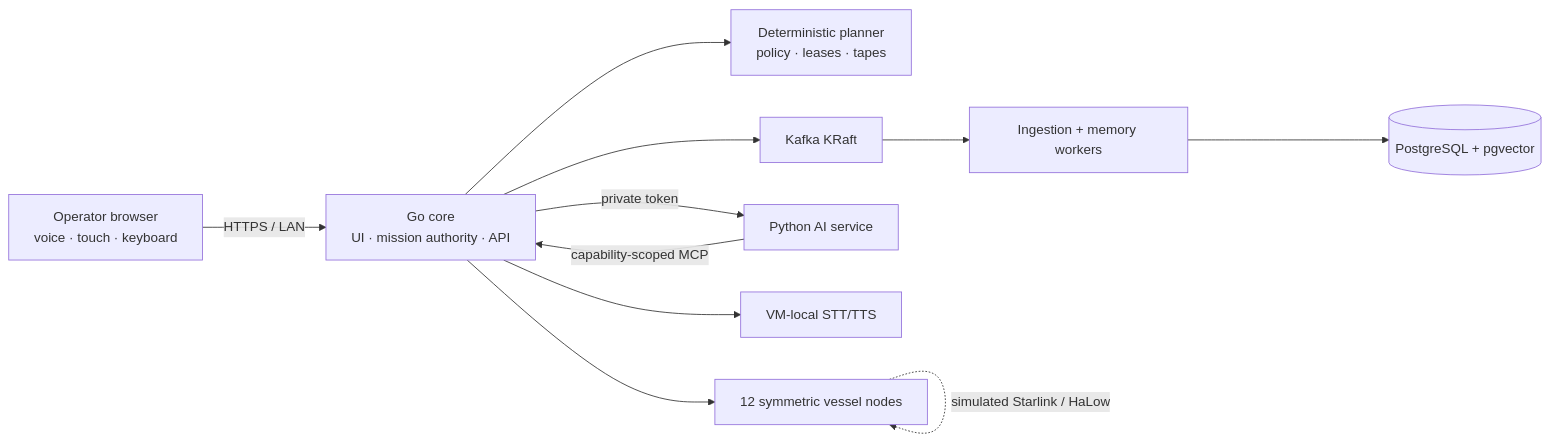
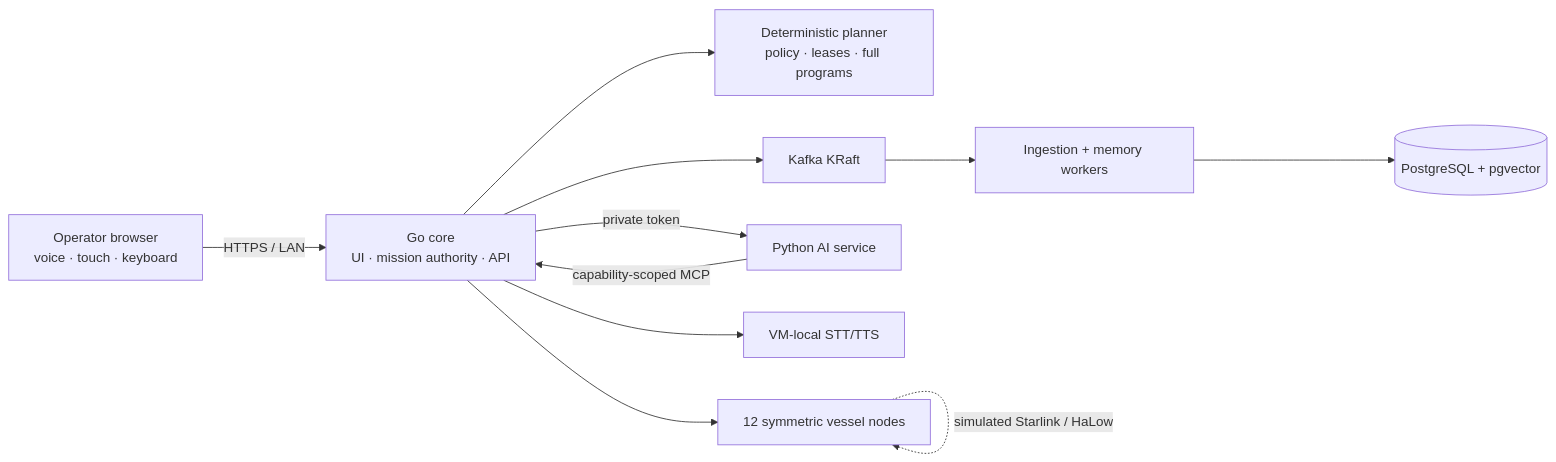
Before and after one commit to fourtytwo42/keelmesh: the diagram in README.md, drawn with Mermaid. The commit also changed other lines of this file and 48 other files, not shown here.

Commit message:
feat: replace mission tapes with full edge programs

````diff
--- a/README.md
+++ b/README.md
@@ -66,13 +66,13 @@
 ```mermaid
 flowchart LR
     Operator[Operator browser<br/>voice · touch · keyboard] -->|HTTPS / LAN| Core[Go core<br/>UI · mission authority · API]
-    Core --> Planner[Deterministic planner<br/>policy · leases · tapes]
+    Core --> Planner[Deterministic planner<br/>policy · leases · full programs]
     Core --> Kafka[Kafka KRaft]
     Kafka --> Workers[Ingestion + memory workers]
     Workers --> Postgres[(PostgreSQL + pgvector)]
     Core -->|private token| AI[Python AI service]
     AI -->|capability-scoped MCP| Core
     Core --> Speech[VM-local STT/TTS]
     Core --> Nodes[12 symmetric vessel nodes]
     Nodes -. simulated Starlink / HaLow .-> Nodes
 ```
````
